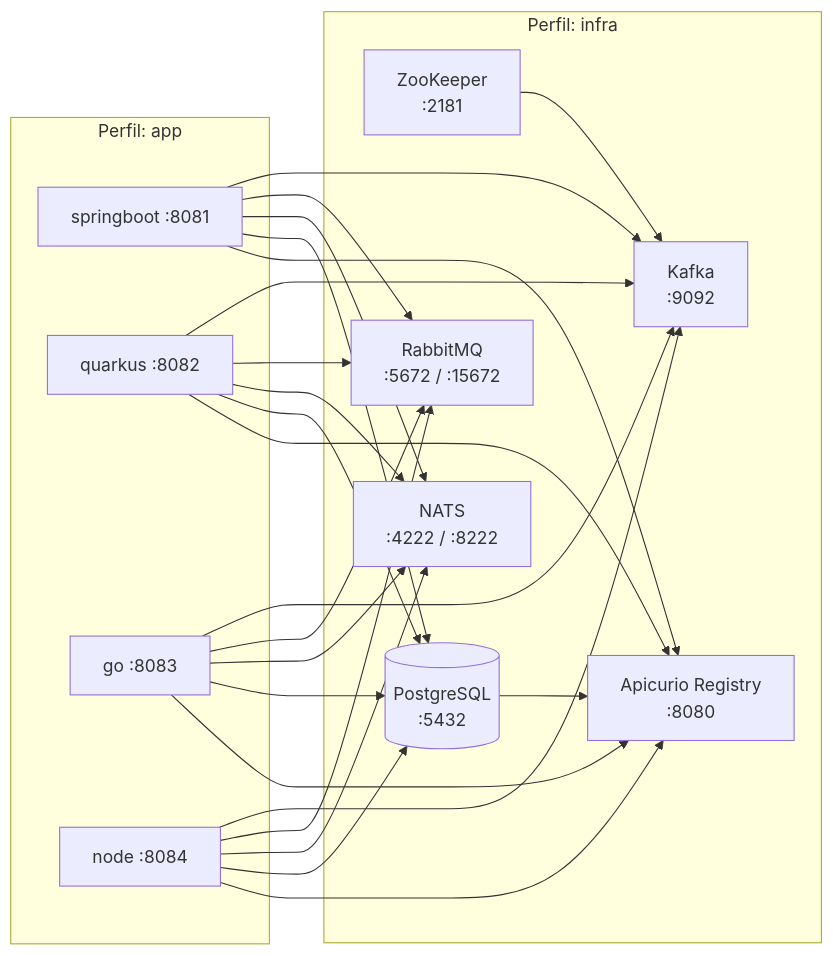
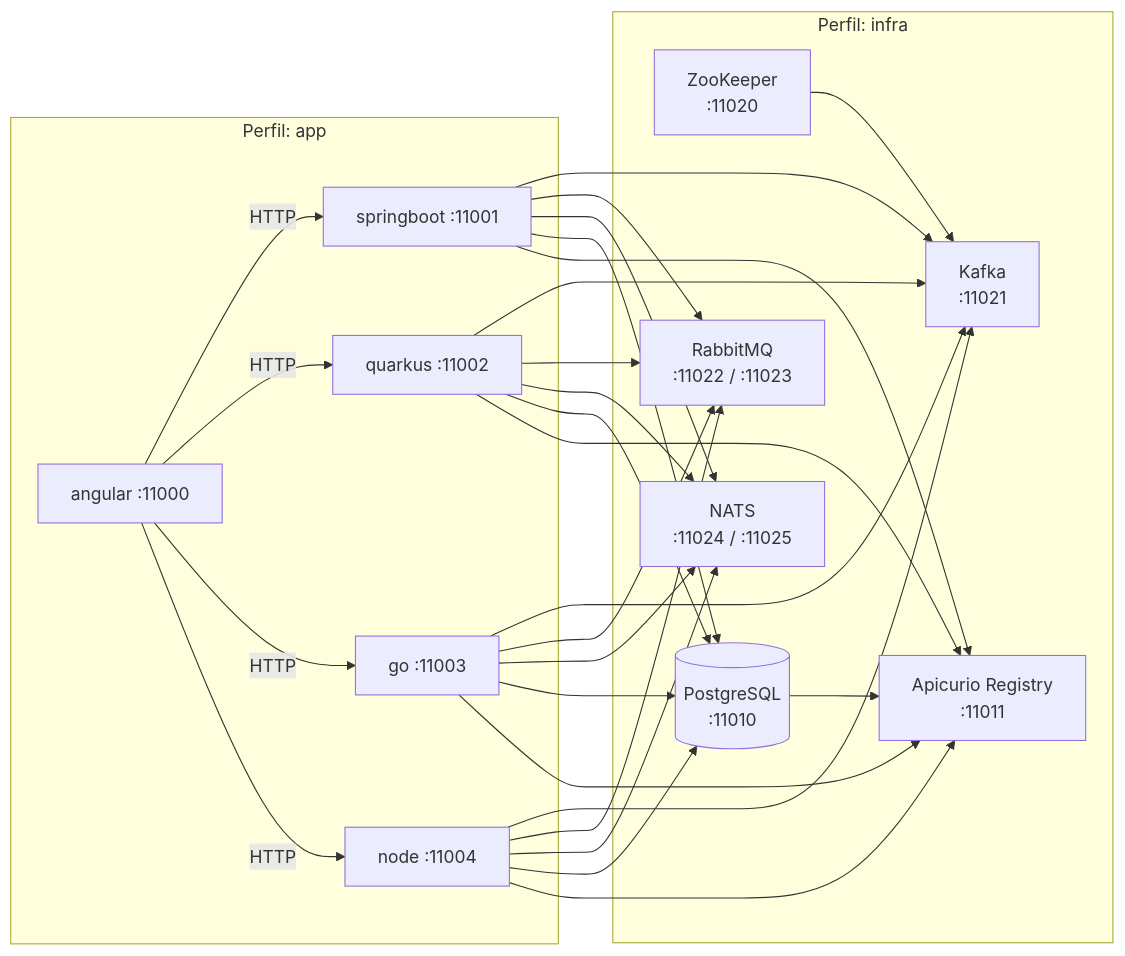
One commit to monghithub/serialplab changed the third of 4 diagrams in README.md. Above: the diagram before and after it, drawn with Mermaid. The commit also changed other lines of this file and 24 other files, not shown here.

````diff
--- a/README.md
+++ b/README.md
@@ -63,22 +69,24 @@
 ```mermaid
 graph LR
     subgraph infra["Perfil: infra"]
-        ZK["ZooKeeper<br/>:2181"]
-        KFK["Kafka<br/>:9092"]
-        RMQ["RabbitMQ<br/>:5672 / :15672"]
-        NATS["NATS<br/>:4222 / :8222"]
-        PG[("PostgreSQL<br/>:5432")]
-        AR["Apicurio Registry<br/>:8080"]
+        ZK["ZooKeeper<br/>:11020"]
+        KFK["Kafka<br/>:11021"]
+        RMQ["RabbitMQ<br/>:11022 / :11023"]
+        NATS["NATS<br/>:11024 / :11025"]
+        PG[("PostgreSQL<br/>:11010")]
+        AR["Apicurio Registry<br/>:11011"]
         ZK --> KFK
         PG --> AR
     end
 
     subgraph app["Perfil: app"]
-        SB["springboot :8081"]
-        QK["quarkus :8082"]
-        GO["go :8083"]
-        ND["node :8084"]
+        FE["angular :11000"]
+        SB["springboot :11001"]
+        QK["quarkus :11002"]
+        GO["go :11003"]
+        ND["node :11004"]
     end
 
+    FE -->|HTTP| SB & QK & GO & ND
     SB & QK & GO & ND --> KFK & RMQ & NATS & PG & AR
 ```
````
